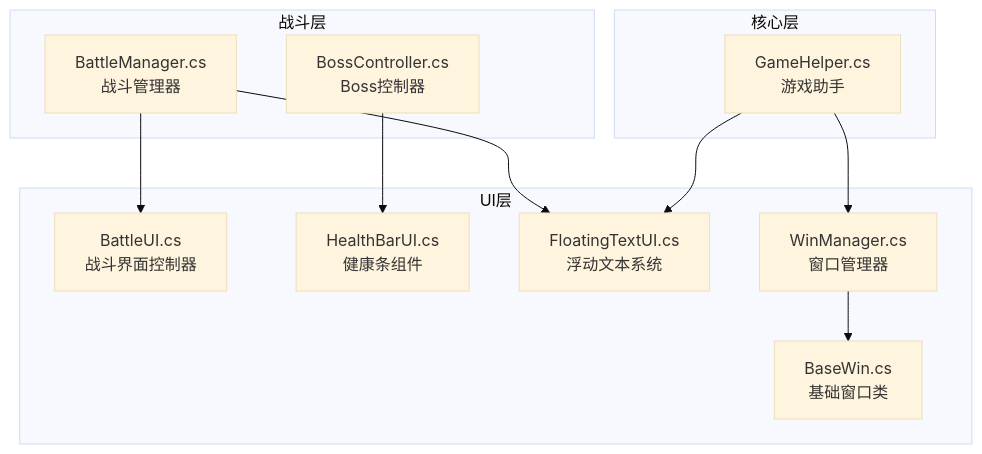
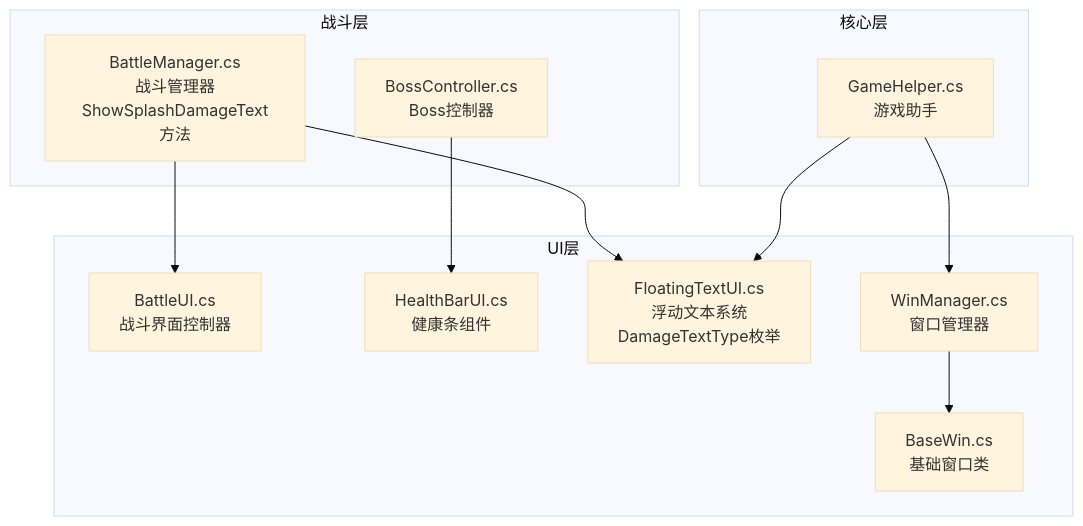
The first of 8 diagrams in .qoder/repowiki/zh/content/用户界面系统/战斗界面系统.md (Tuusen/p1_client), drawn with Mermaid (base theme) before and after one commit. The commit also changed other lines of this file and 9 other files, not shown here.

````diff
--- a/.qoder/repowiki/zh/content/用户界面系统/战斗界面系统.md
+++ b/.qoder/repowiki/zh/content/用户界面系统/战斗界面系统.md
@@ -37,23 +46,23 @@
 ```mermaid
 graph TB
 subgraph "UI层"
 BattleUI[BattleUI.cs<br/>战斗界面控制器]
 HealthBarUI[HealthBarUI.cs<br/>健康条组件]
-FloatingTextUI[FloatingTextUI.cs<br/>浮动文本系统]
+FloatingTextUI[FloatingTextUI.cs<br/>浮动文本系统<br/>DamageTextType枚举]
 WinManager[WinManager.cs<br/>窗口管理器]
 BaseWin[BaseWin.cs<br/>基础窗口类]
 end
 subgraph "战斗层"
-BattleManager[BattleManager.cs<br/>战斗管理器]
+BattleManager[BattleManager.cs<br/>战斗管理器<br/>ShowSplashDamageText方法]
 BossController[BossController.cs<br/>Boss控制器]
 end
 subgraph "核心层"
 GameHelper[GameHelper.cs<br/>游戏助手]
 end
 BattleManager --> BattleUI
 BattleManager --> FloatingTextUI
 BossController --> HealthBarUI
 WinManager --> BaseWin
 GameHelper --> WinManager
 GameHelper --> FloatingTextUI
 ```
````
